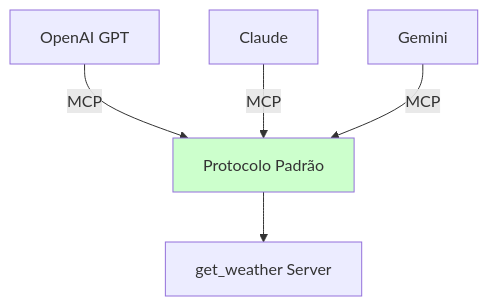
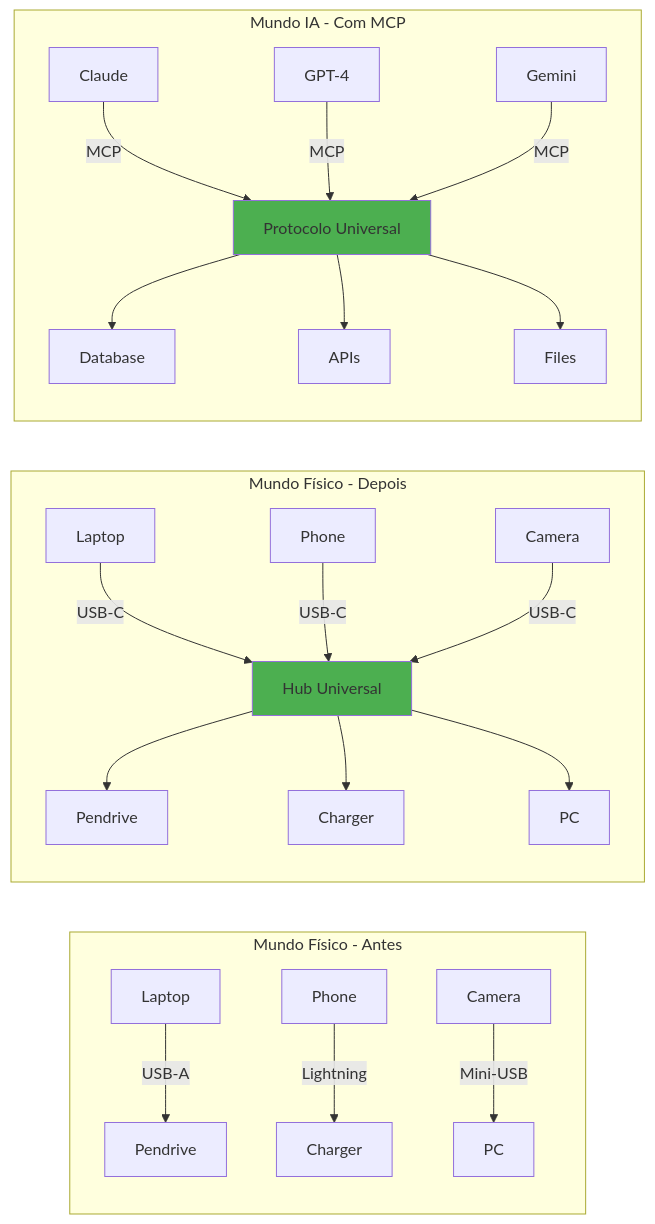
The third of 20 diagrams in AI/Comunicação/MCP/00-mcp-presentation-zero to hero.md (felipepimentel/my-public-notes), drawn with Mermaid before and after one commit. The commit also changed other lines of this file, not shown here.

````diff
--- a/AI/Comunicação/MCP/00-mcp-presentation-zero to hero.md
+++ b/AI/Comunicação/MCP/00-mcp-presentation-zero to hero.md
@@ -69,9 +62,29 @@
 ```mermaid
-graph TD
-    A1[OpenAI GPT] -->|MCP| P[Protocolo Padrão]
-    A2[Claude] -->|MCP| P
-    A3[Gemini] -->|MCP| P
-    P --> F[get_weather Server]
+graph LR
+    subgraph "Mundo Físico - Antes"
+        D1[Laptop] -->|USB-A| P1[Pendrive]
+        D2[Phone] -->|Lightning| C1[Charger]
+        D3[Camera] -->|Mini-USB| PC1[PC]
+    end
     
-    style P fill:#ccffcc
+    subgraph "Mundo Físico - Depois"
+        D4[Laptop] -->|USB-C| H1[Hub Universal]
+        D5[Phone] -->|USB-C| H1
+        D6[Camera] -->|USB-C| H1
+        H1 --> P2[Pendrive]
+        H1 --> C2[Charger]
+        H1 --> PC2[PC]
+    end
+    
+    subgraph "Mundo IA - Com MCP"
+        A1[Claude] -->|MCP| P[Protocolo Universal]
+        A2[GPT-4] -->|MCP| P
+        A3[Gemini] -->|MCP| P
+        P --> DB[Database]
+        P --> API[APIs]
+        P --> F[Files]
+    end
+    
+    style H1 fill:#4CAF50
+    style P fill:#4CAF50
 ```
````
